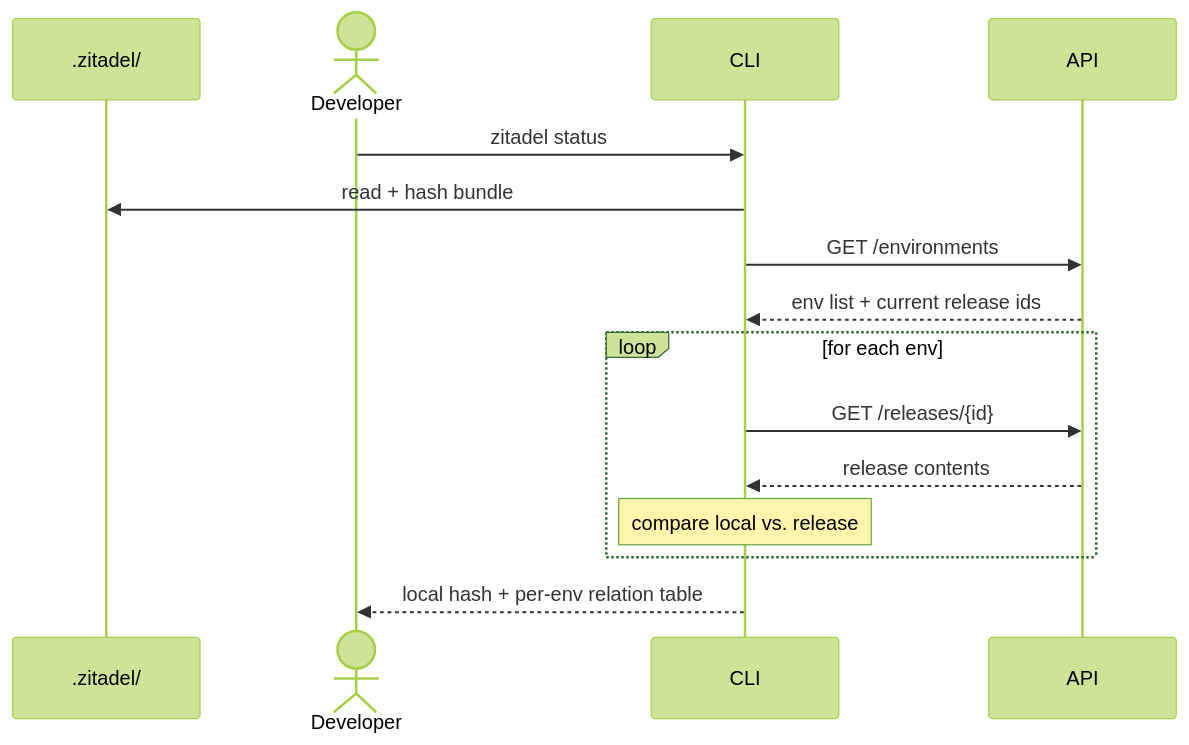
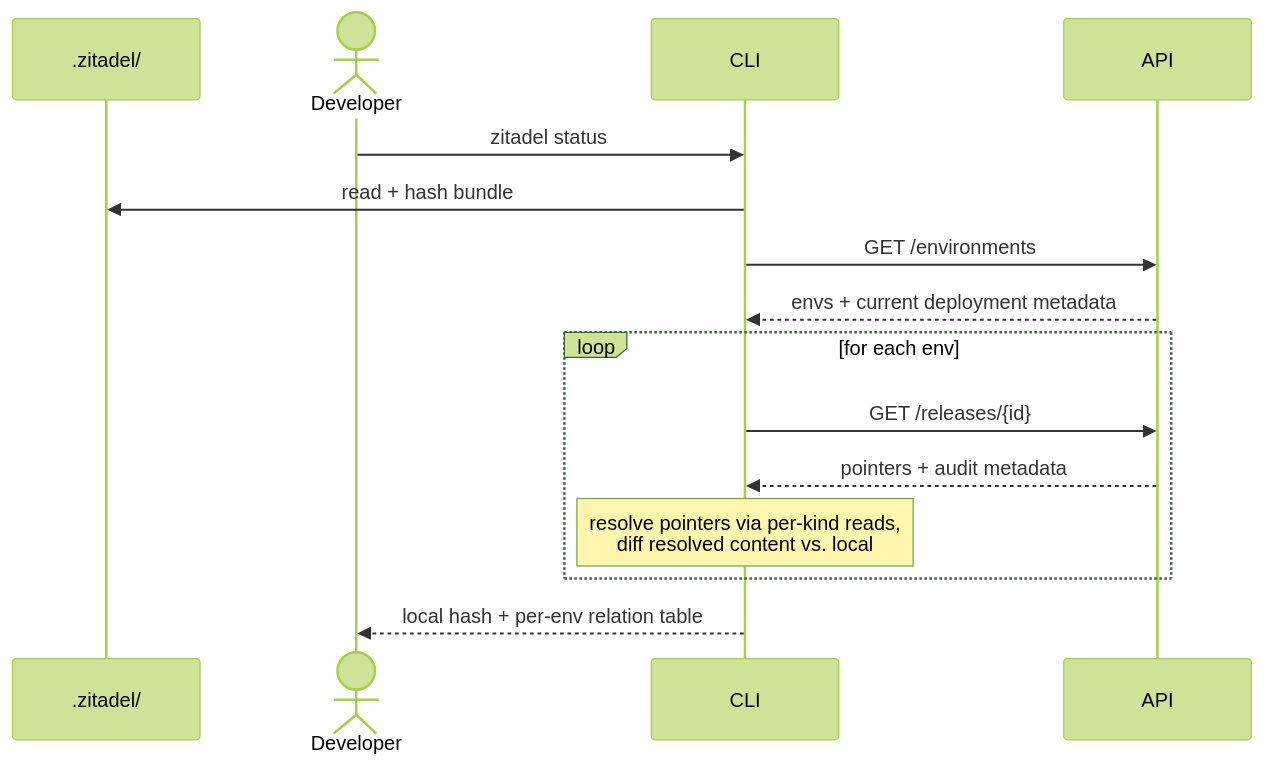
One commit to zitadel/nextgen changed the fifth of 6 diagrams in docs/adrs/035-configuration-environments.md. Above: the diagram before and after it, drawn with Mermaid (forest theme). The commit also changed other lines of this file, not shown here.

First line of the commit message:
docs(adr-035): specify release read as pointers + audit, not embedded content

````diff
--- a/docs/adrs/035-configuration-environments.md
+++ b/docs/adrs/035-configuration-environments.md
@@ -280,18 +282,18 @@
 ```mermaid
 sequenceDiagram
     participant Local as .zitadel/
     actor Dev as Developer
     participant CLI
     participant API
 
     Dev->>CLI: zitadel status
     CLI->>Local: read + hash bundle
     CLI->>API: GET /environments
-    API-->>CLI: env list + current release ids
+    API-->>CLI: envs + current deployment metadata
     loop for each env
         CLI->>API: GET /releases/{id}
-        API-->>CLI: release contents
-        Note over CLI: compare local vs. release
+        API-->>CLI: pointers + audit metadata
+        Note over CLI: resolve pointers via per-kind reads,<br/>diff resolved content vs. local
     end
     CLI-->>Dev: local hash + per-env relation table
 ```
````
